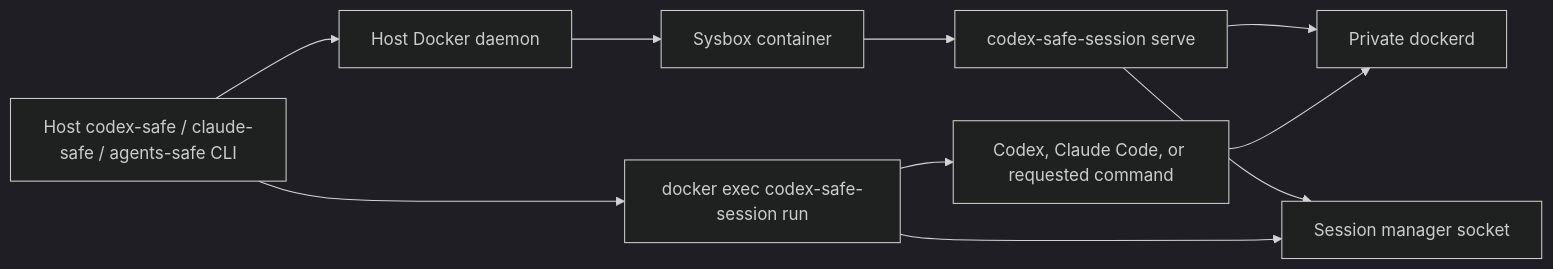
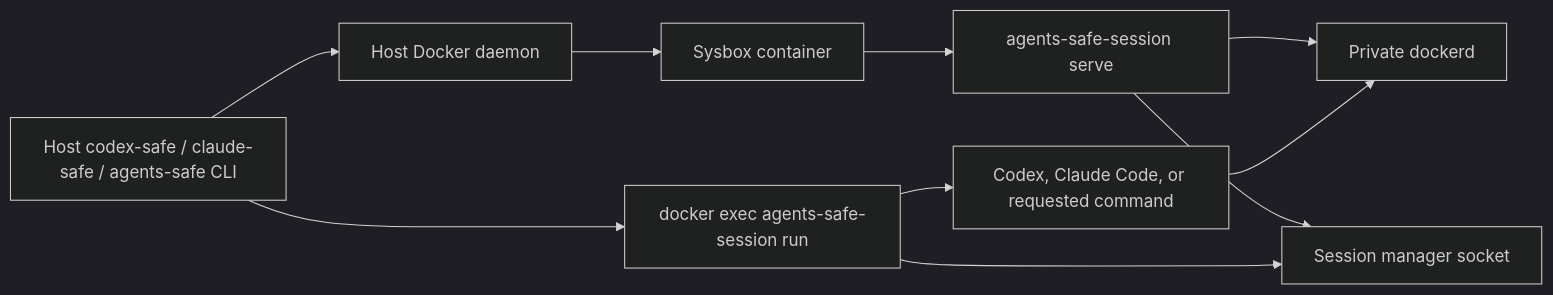
Before and after one commit to vkuptcov/agents-safe-environment: the diagram in ARCHITECTURE.md, drawn with Mermaid (dark theme). The commit also changed other lines of this file and 85 other files, not shown here.

````diff
--- a/ARCHITECTURE.md
+++ b/ARCHITECTURE.md
@@ -15,12 +15,12 @@
 ```mermaid
 flowchart LR
     CLI["Host codex-safe / claude-safe / agents-safe CLI"] --> HostDocker["Host Docker daemon"]
     HostDocker --> Container["Sysbox container"]
-    Container --> Supervisor["codex-safe-session serve"]
+    Container --> Supervisor["agents-safe-session serve"]
     Supervisor --> InnerDocker["Private dockerd"]
     Supervisor --> Manager["Session manager socket"]
-    CLI --> Wrapper["docker exec codex-safe-session run"]
+    CLI --> Wrapper["docker exec agents-safe-session run"]
     Wrapper --> Manager
     Wrapper --> Command["Codex, Claude Code, or requested command"]
     Command --> InnerDocker
 ```
````
